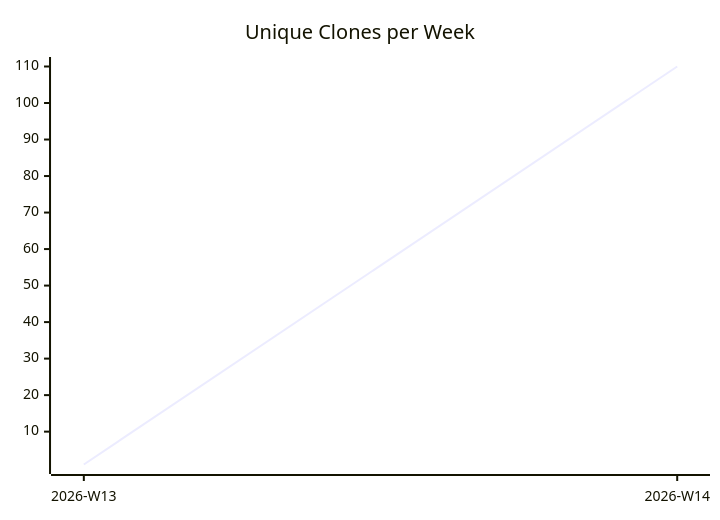
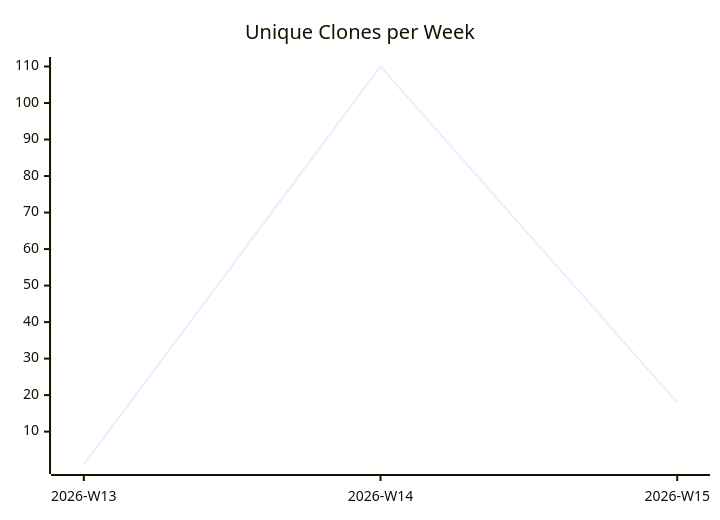
The third of 3 diagrams in justdavis-family/justdavis/README.md (justdavis-family/github-analytics-data), drawn with Mermaid before and after one commit. The commit also changed other lines of this file and 63 other files, not shown here.

````diff
--- a/justdavis-family/justdavis/README.md
+++ b/justdavis-family/justdavis/README.md
@@ -19,6 +19,6 @@
 ```mermaid
 xychart-beta
   title "Unique Clones per Week"
-  x-axis ["2026-W13", "2026-W14"]
-  line [1, 110]
+  x-axis ["2026-W13", "2026-W14", "2026-W15"]
+  line [1, 110, 18]
 ```
````
